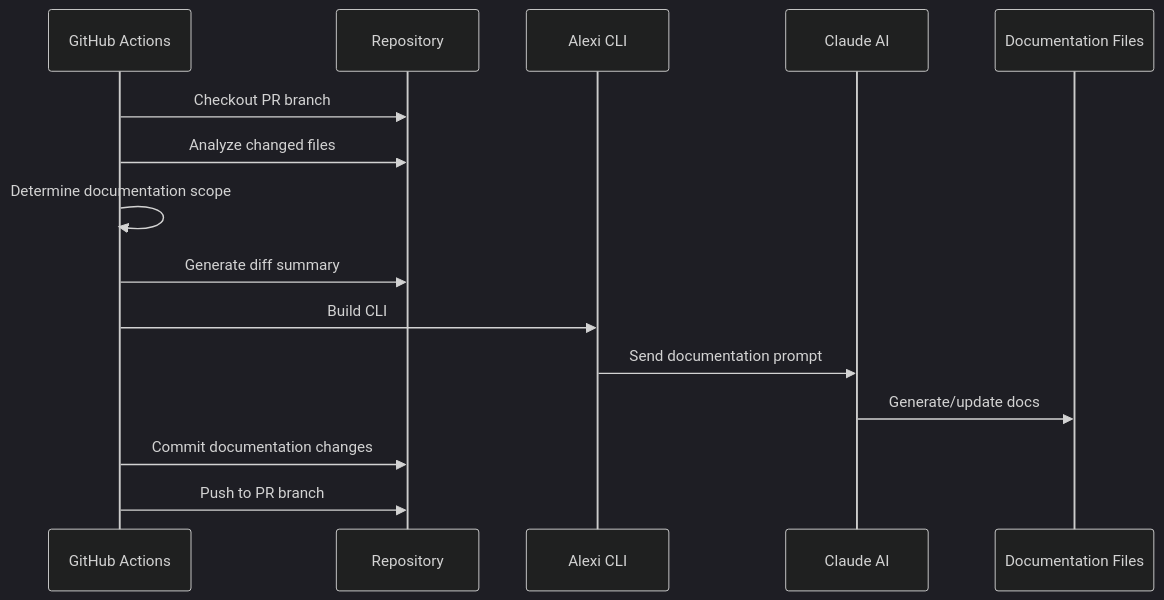
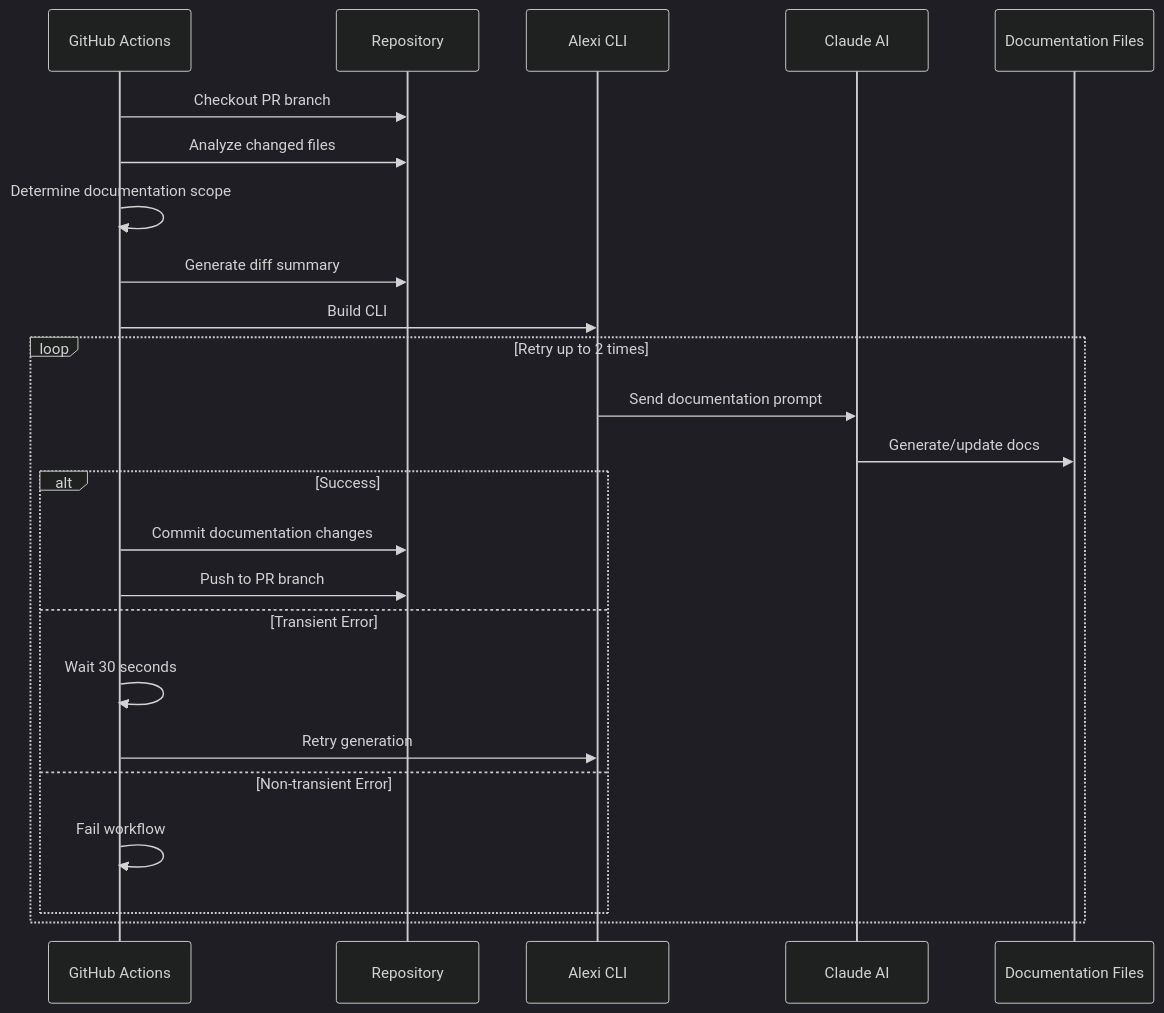
The second of 4 diagrams in docs/AUTOMATION.md (ausardcompany/alexi), drawn with Mermaid (dark theme) before and after one commit. The commit also changed other lines of this file and 4 other files, not shown here.

Commit message:
docs: auto-generate documentation [skip ci] [alexi-bot]

````diff
--- a/docs/AUTOMATION.md
+++ b/docs/AUTOMATION.md
@@ -60,18 +60,28 @@
 ```mermaid
 sequenceDiagram
     participant GH as GitHub Actions
     participant Repo as Repository
     participant Alexi as Alexi CLI
     participant Claude as Claude AI
     participant Docs as Documentation Files
     
     GH->>Repo: Checkout PR branch
     GH->>Repo: Analyze changed files
     GH->>GH: Determine documentation scope
     GH->>Repo: Generate diff summary
     GH->>Alexi: Build CLI
-    Alexi->>Claude: Send documentation prompt
-    Claude->>Docs: Generate/update docs
-    GH->>Repo: Commit documentation changes
-    GH->>Repo: Push to PR branch
+    
+    loop Retry up to 2 times
+        Alexi->>Claude: Send documentation prompt
+        Claude->>Docs: Generate/update docs
+        alt Success
+            GH->>Repo: Commit documentation changes
+            GH->>Repo: Push to PR branch
+        else Transient Error
+            GH->>GH: Wait 30 seconds
+            GH->>Alexi: Retry generation
+        else Non-transient Error
+            GH->>GH: Fail workflow
+        end
+    end
 ```
````
